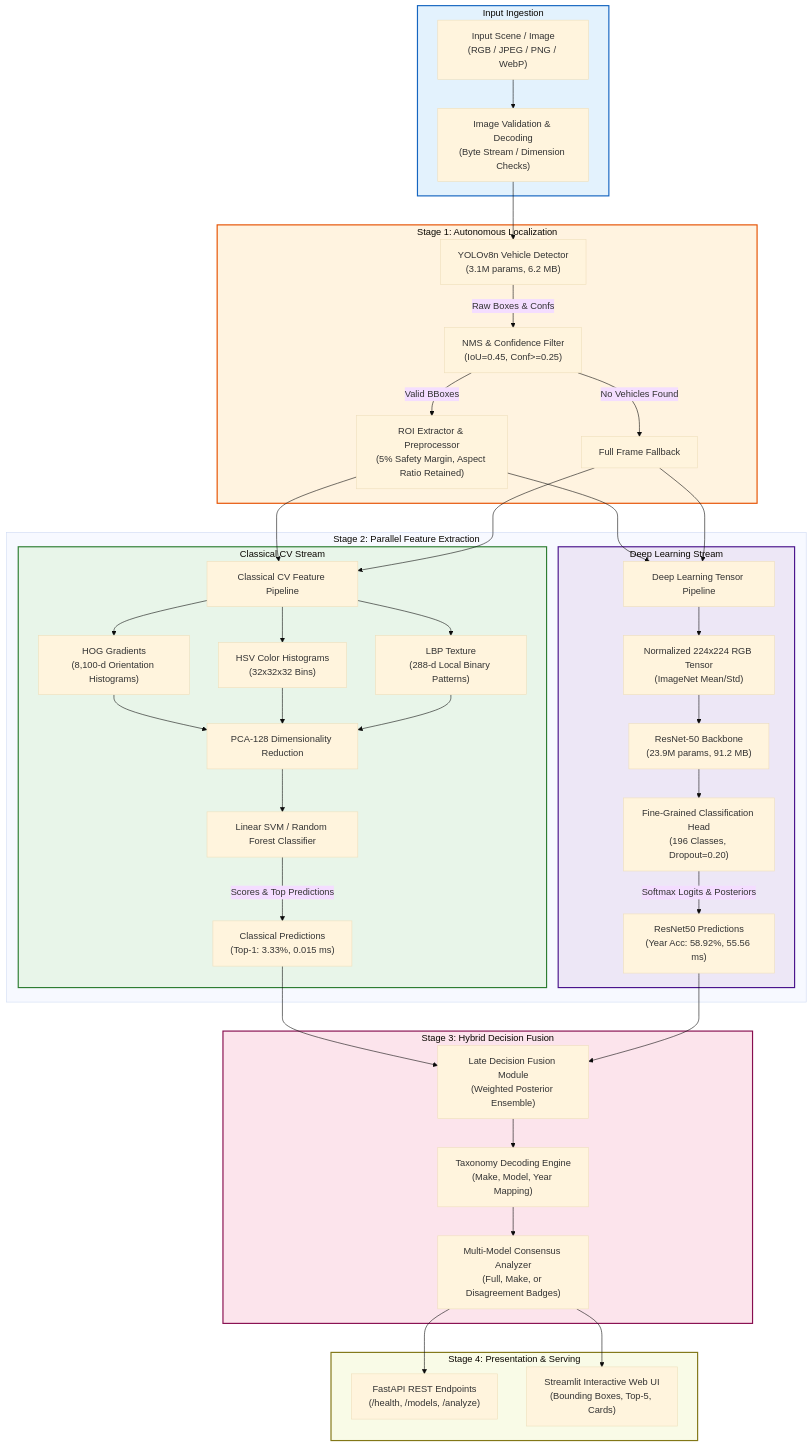
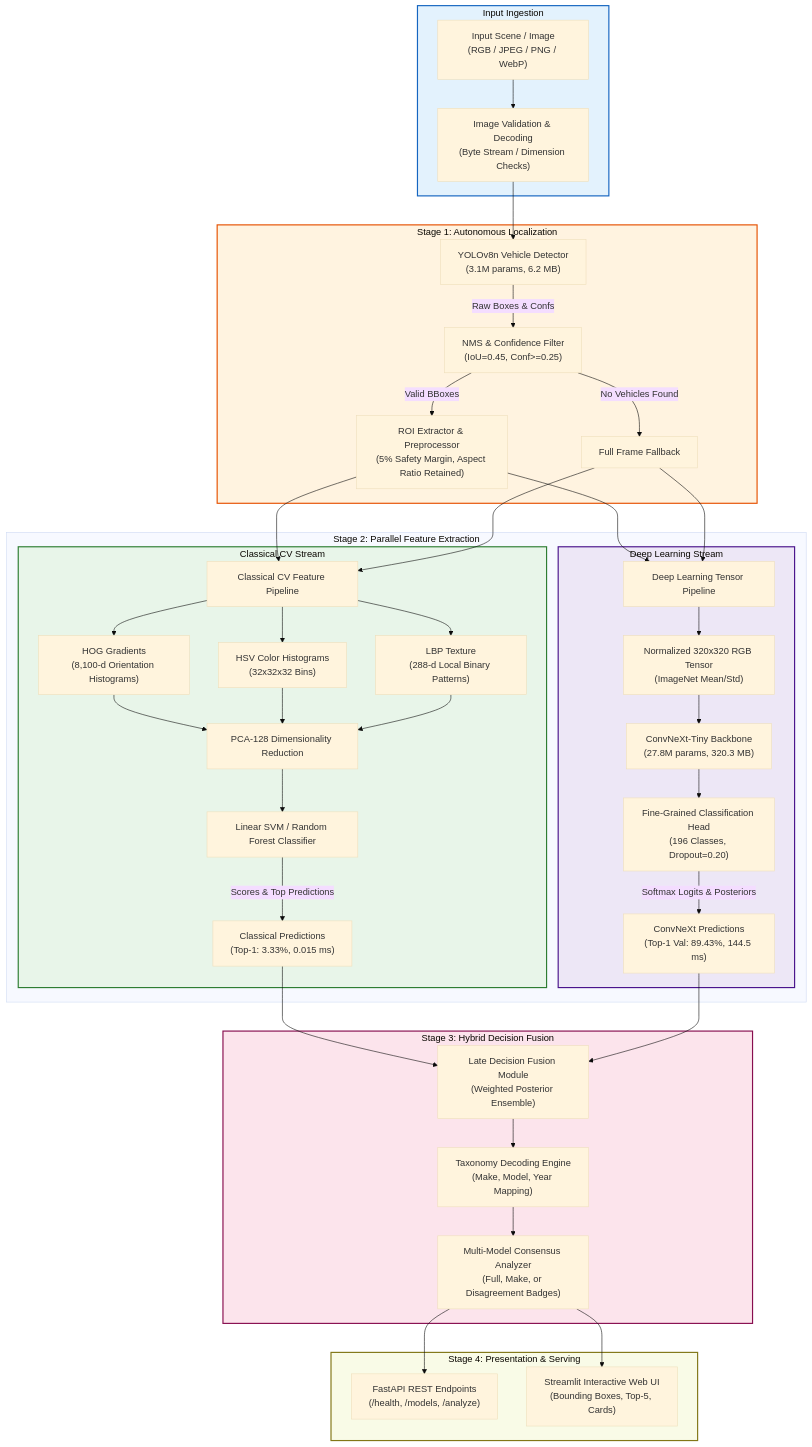
The diagram in README.md (shreyashannegowda19012007-lang/intelligent-vehicle-recognition), drawn with Mermaid (base theme) before and after one commit. The commit also changed other lines of this file and 16 other files, not shown here.

Commit message:
Integrate ConvNeXt-Tiny and finalize P5 application

````diff
--- a/README.md
+++ b/README.md
@@ -44,54 +44,54 @@
 ```mermaid
 flowchart TD
     subgraph INP["Input Ingestion"]
         A["Input Scene / Image\n(RGB / JPEG / PNG / WebP)"] --> B["Image Validation & Decoding\n(Byte Stream / Dimension Checks)"]
     end
 
     subgraph DET["Stage 1: Autonomous Localization"]
         B --> C["YOLOv8n Vehicle Detector\n(3.1M params, 6.2 MB)"]
         C -->|Raw Boxes & Confs| D["NMS & Confidence Filter\n(IoU=0.45, Conf>=0.25)"]
         D -->|Valid BBoxes| E["ROI Extractor & Preprocessor\n(5% Safety Margin, Aspect Ratio Retained)"]
         D -->|No Vehicles Found| E_FALL["Full Frame Fallback"]
     end
 
     subgraph FEAT["Stage 2: Parallel Feature Extraction"]
         E --> F1["Classical CV Feature Pipeline"]
         E --> F2["Deep Learning Tensor Pipeline"]
         E_FALL --> F1
         E_FALL --> F2
 
         subgraph CLAS_STREAM["Classical CV Stream"]
             F1 --> G1["HOG Gradients\n(8,100-d Orientation Histograms)"]
             F1 --> G2["HSV Color Histograms\n(32x32x32 Bins)"]
             F1 --> G3["LBP Texture\n(288-d Local Binary Patterns)"]
             G1 & G2 & G3 --> H["PCA-128 Dimensionality Reduction"]
             H --> I["Linear SVM / Random Forest Classifier"]
             I -->|Scores & Top Predictions| J["Classical Predictions\n(Top-1: 3.33%, 0.015 ms)"]
         end
 
         subgraph DEEP_STREAM["Deep Learning Stream"]
-            F2 --> K["Normalized 224x224 RGB Tensor\n(ImageNet Mean/Std)"]
-            K --> L["ResNet-50 Backbone\n(23.9M params, 91.2 MB)"]
+            F2 --> K["Normalized 320x320 RGB Tensor\n(ImageNet Mean/Std)"]
+            K --> L["ConvNeXt-Tiny Backbone\n(27.8M params, 320.3 MB)"]
             L --> M["Fine-Grained Classification Head\n(196 Classes, Dropout=0.20)"]
-            M -->|Softmax Logits & Posteriors| N["ResNet50 Predictions\n(Year Acc: 58.92%, 55.56 ms)"]
+            M -->|Softmax Logits & Posteriors| N["ConvNeXt Predictions\n(Top-1 Val: 89.43%, 144.5 ms)"]
         end
     end
 
     subgraph FUS["Stage 3: Hybrid Decision Fusion"]
         J & N --> O["Late Decision Fusion Module\n(Weighted Posterior Ensemble)"]
         O --> P["Taxonomy Decoding Engine\n(Make, Model, Year Mapping)"]
         P --> Q["Multi-Model Consensus Analyzer\n(Full, Make, or Disagreement Badges)"]
     end
 
     subgraph OUT["Stage 4: Presentation & Serving"]
         Q --> R1["FastAPI REST Endpoints\n(/health, /models, /analyze)"]
         Q --> R2["Streamlit Interactive Web UI\n(Bounding Boxes, Top-5, Cards)"]
     end
 
     style INP fill:#e3f2fd,stroke:#1565c0,stroke-width:2px;
     style DET fill:#fff3e0,stroke:#e65100,stroke-width:2px;
     style CLAS_STREAM fill:#e8f5e9,stroke:#2e7d32,stroke-width:2px;
     style DEEP_STREAM fill:#ede7f6,stroke:#4a148c,stroke-width:2px;
     style FUS fill:#fce4ec,stroke:#880e4f,stroke-width:2px;
     style OUT fill:#f9fbe7,stroke:#827717,stroke-width:2px;
 ```
````
